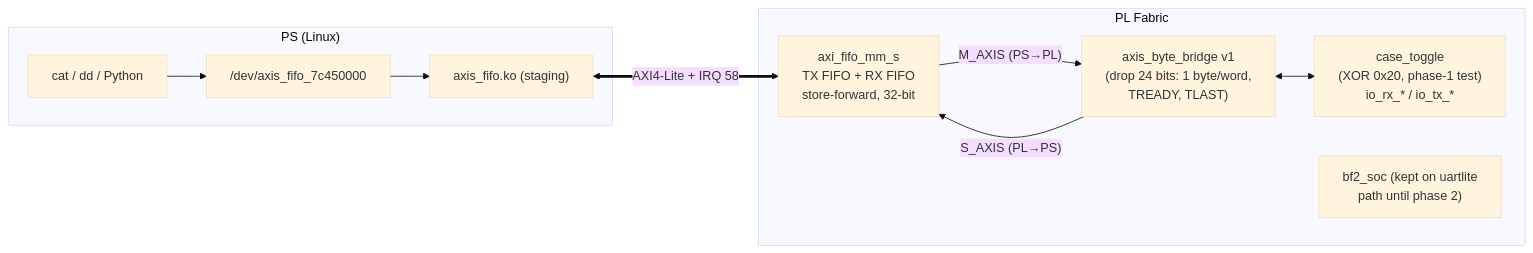
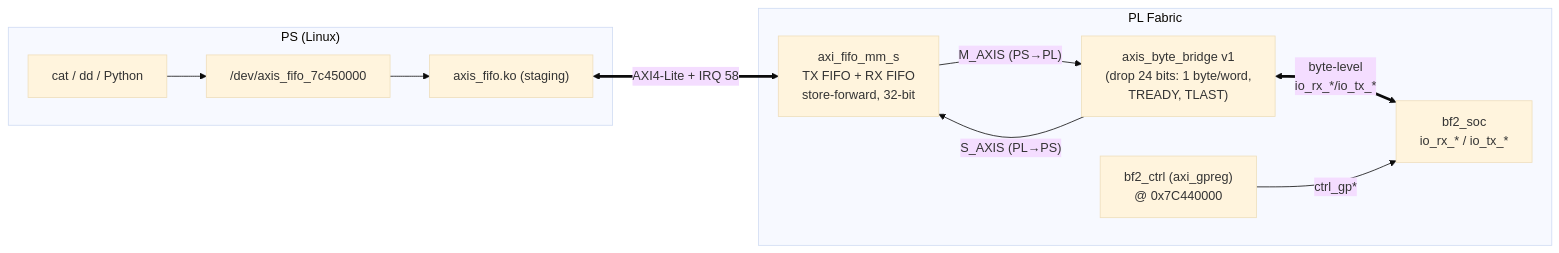
Before and after one commit to tocisz/ebaz4205-hdmi-demo: the diagram in doc/AXIS_FIFO_BRIDGE.md, drawn with Mermaid (base theme). The commit also changed other lines of this file and 3 other files, not shown here.

First line of the commit message:
doc: add block design reference diagram, PL resource utilization table; mark uartlite path as historical

````diff
--- a/doc/AXIS_FIFO_BRIDGE.md
+++ b/doc/AXIS_FIFO_BRIDGE.md
@@ -31,19 +31,20 @@
 ```mermaid
 graph LR
     subgraph ps["PS (Linux)"]
         app["cat / dd / Python"]
         dev["/dev/axis_fifo_7c450000"]
         drv["axis_fifo.ko (staging)"]
         app --> dev --> drv
     end
     subgraph pl["PL Fabric"]
         fifo["axi_fifo_mm_s<br/>TX FIFO + RX FIFO<br/>store-forward, 32-bit"]
         adp["axis_byte_bridge v1<br/>(drop 24 bits: 1 byte/word,<br/>TREADY, TLAST)"]
-        tog["case_toggle<br/>(XOR 0x20, phase-1 test)<br/>io_rx_* / io_tx_*"]
-        bf2["bf2_soc (kept on uartlite<br/>path until phase 2)"]
+        bf2["bf2_soc<br/>io_rx_* / io_tx_*"]
+        ctrl["bf2_ctrl (axi_gpreg)<br/>@ 0x7C440000"]
         drv <== "AXI4-Lite + IRQ 58" ==> fifo
         fifo -- "M_AXIS (PS→PL)" --> adp
         adp -- "S_AXIS (PL→PS)" --> fifo
-        adp <--> tog
+        adp <== "byte-level<br/>io_rx_*/io_tx_*" ==> bf2
+        ctrl -- "ctrl_gp*" --> bf2
     end
 ```
````
